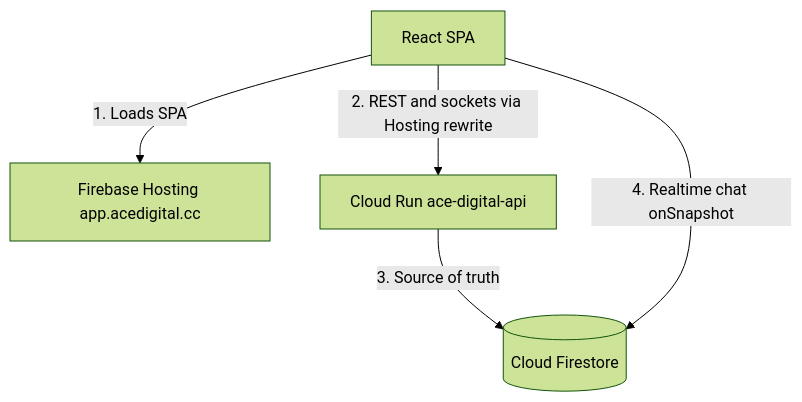
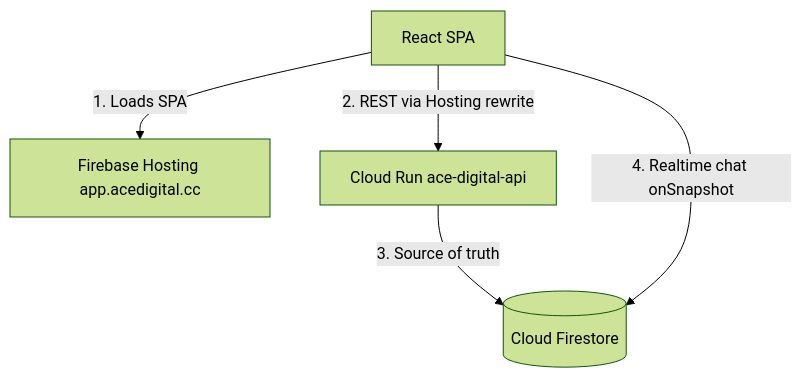
The second of 2 diagrams in README.md (Ace-Groups/Ace-Digital), drawn with Mermaid (forest theme) before and after one commit. The commit also changed other lines of this file and 57 other files, not shown here.

````diff
--- a/README.md
+++ b/README.md
@@ -23,12 +23,12 @@
 ```mermaid
 flowchart TD
   Browser[React SPA]
   Hosting[Firebase Hosting app.acedigital.cc]
   API[Cloud Run ace-digital-api]
   Firestore[(Cloud Firestore)]
 
   Browser -->|1. Loads SPA| Hosting
-  Browser -->|2. REST and sockets via Hosting rewrite| API
+  Browser -->|2. REST via Hosting rewrite| API
   API -->|3. Source of truth| Firestore
   Browser -->|4. Realtime chat onSnapshot| Firestore
 ```
````
